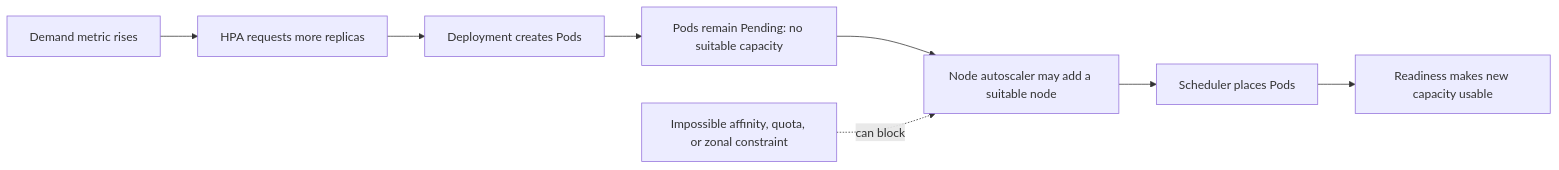
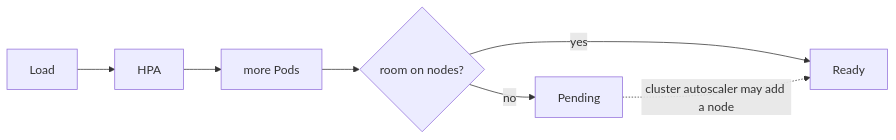
Before and after one commit to darshan-raul/apollo11-docs: the second of 2 diagrams in docs/learn/scaling/vpa-and-capacity.md, drawn with Mermaid. The commit also changed other lines of this file and 55 other files, not shown here.

````diff
--- a/docs/learn/scaling/vpa-and-capacity.md
+++ b/docs/learn/scaling/vpa-and-capacity.md
@@ -58,10 +46,7 @@
-~~~mermaid
+```mermaid
 flowchart LR
-  Metric[Demand metric rises] --> HPA[HPA requests more replicas]
-  HPA --> Deploy[Deployment creates Pods]
-  Deploy --> Pending[Pods remain Pending: no suitable capacity]
-  Pending --> NodeScale[Node autoscaler may add a suitable node]
-  NodeScale --> Schedule[Scheduler places Pods]
-  Schedule --> Ready[Readiness makes new capacity usable]
-  Constraint[Impossible affinity, quota, or zonal constraint] -.can block.-> NodeScale
-~~~
+  Load --> HPA --> Deploy[more Pods] --> Pend{room on nodes?}
+  Pend -->|no| P[Pending]
+  Pend -->|yes| Ready
+  P -.->|cluster autoscaler may add a node| Ready
+```
````
